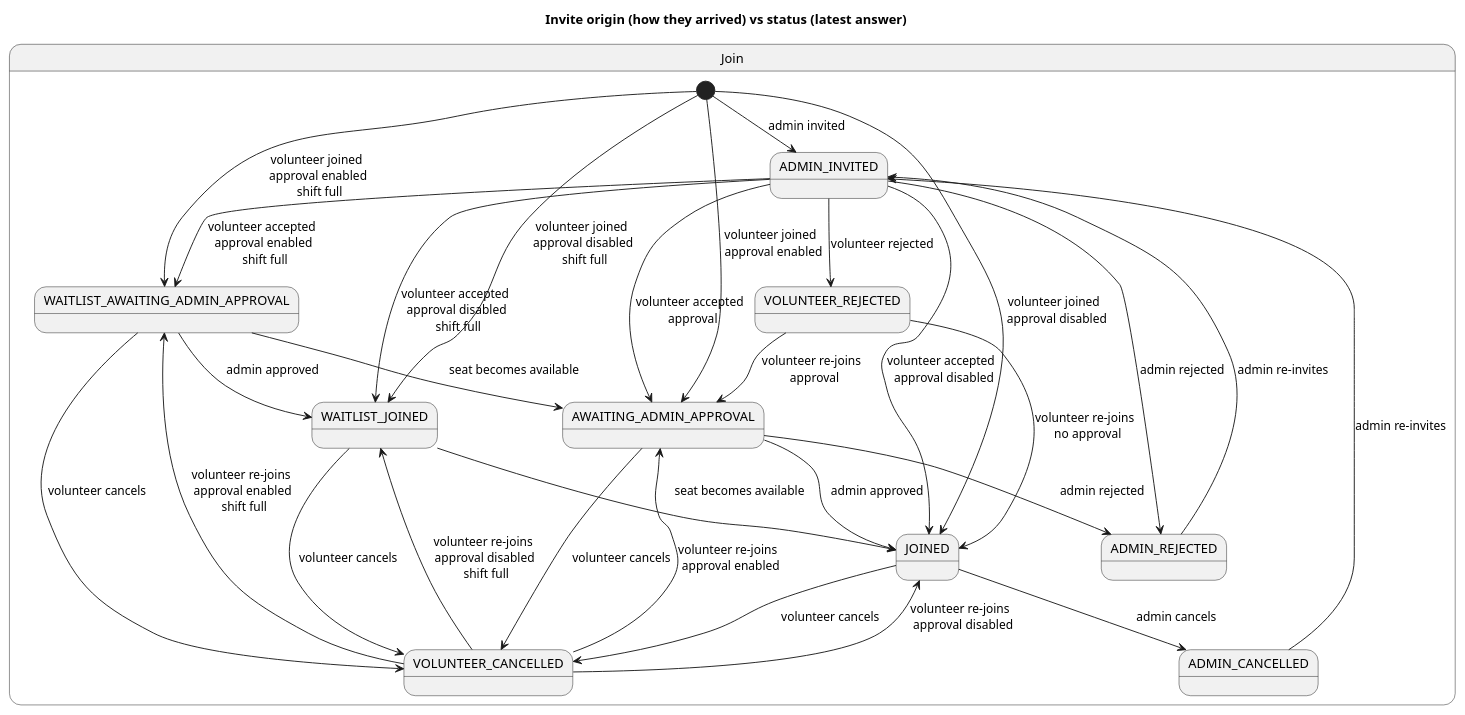
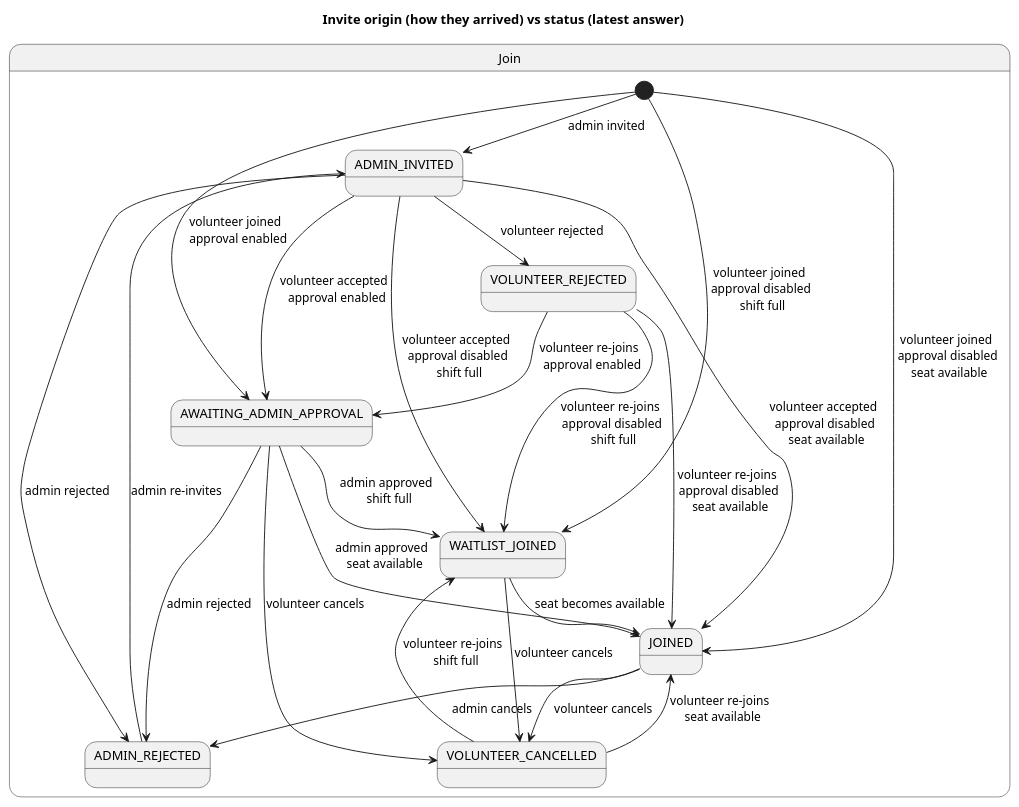
One commit to holi-social/caluno changed the diagram in models/Invite-states.plantuml. Above: the diagram before and after it, drawn with PlantUML.

Commit message:
mode: update invite states diagram after discussion

```diff
--- a/models/Invite-states.plantuml
+++ b/models/Invite-states.plantuml
@@ -1,48 +1,43 @@
 @startuml InviteOriginStatusModel
 
 title Invite origin (how they arrived) vs status (latest answer)
 
 'state "origin" as Origin {
 '  [*] --> ORIGIN_ADMIN_INVITED : admin invite
 '  [*] --> ORIGIN_VOLUNTEER_JOINED : open join
 '}
 
 state "Join" as Join {
 [*] --> ADMIN_INVITED : admin invited
 [*] --> AWAITING_ADMIN_APPROVAL : volunteer joined \n approval enabled
-[*] ---> JOINED : volunteer joined \n approval disabled
-AWAITING_ADMIN_APPROVAL --> JOINED : admin approved
+[*] --> WAITLIST_JOINED : volunteer joined \n approval disabled \n shift full
+[*] --> JOINED : volunteer joined \n approval disabled \n seat available
+
+ADMIN_INVITED --> VOLUNTEER_REJECTED : volunteer rejected
+ADMIN_INVITED --> AWAITING_ADMIN_APPROVAL : volunteer accepted \n approval enabled
+ADMIN_INVITED --> WAITLIST_JOINED : volunteer accepted \n approval disabled \n shift full
+ADMIN_INVITED --> JOINED : volunteer accepted \n approval disabled \n seat available
+ADMIN_INVITED --> ADMIN_REJECTED : admin rejected
+
+VOLUNTEER_REJECTED --> AWAITING_ADMIN_APPROVAL : volunteer re-joins \n approval enabled
+VOLUNTEER_REJECTED --> WAITLIST_JOINED : volunteer re-joins \n approval disabled \n shift full
+VOLUNTEER_REJECTED --> JOINED : volunteer re-joins \n approval disabled \n seat available
+
 AWAITING_ADMIN_APPROVAL --> ADMIN_REJECTED : admin rejected
 AWAITING_ADMIN_APPROVAL --> VOLUNTEER_CANCELLED : volunteer cancels
-ADMIN_INVITED --> JOINED : volunteer accepted \n approval disabled
-ADMIN_INVITED --> AWAITING_ADMIN_APPROVAL : volunteer accepted \n approval
-ADMIN_INVITED --> VOLUNTEER_REJECTED : volunteer rejected
-VOLUNTEER_REJECTED --> AWAITING_ADMIN_APPROVAL : volunteer re-joins \n approval
-VOLUNTEER_REJECTED --> JOINED : volunteer re-joins \n no approval
-ADMIN_INVITED --> ADMIN_REJECTED : admin rejected
+AWAITING_ADMIN_APPROVAL --> WAITLIST_JOINED : admin approved \n shift full
+AWAITING_ADMIN_APPROVAL --> JOINED : admin approved \n seat available
+
+WAITLIST_JOINED --> JOINED : seat becomes available
+WAITLIST_JOINED --> VOLUNTEER_CANCELLED : volunteer cancels
+
 JOINED --> VOLUNTEER_CANCELLED : volunteer cancels
-JOINED --> ADMIN_CANCELLED : admin cancels
+JOINED --> ADMIN_REJECTED : admin cancels
 
-[*] --> WAITLIST_AWAITING_ADMIN_APPROVAL : volunteer joined \n approval enabled \n shift full
-WAITLIST_AWAITING_ADMIN_APPROVAL --> WAITLIST_JOINED : admin approved
-WAITLIST_AWAITING_ADMIN_APPROVAL --> AWAITING_ADMIN_APPROVAL : seat becomes available
-WAITLIST_JOINED --> JOINED : seat becomes available
-
-[*] --> WAITLIST_JOINED : volunteer joined \n approval disabled \n shift full
-
-ADMIN_INVITED --> WAITLIST_AWAITING_ADMIN_APPROVAL : volunteer accepted \n approval enabled \n shift full
-ADMIN_INVITED --> WAITLIST_JOINED : volunteer accepted \n approval disabled \n shift full
-
-WAITLIST_JOINED --> VOLUNTEER_CANCELLED : volunteer cancels
-WAITLIST_AWAITING_ADMIN_APPROVAL --> VOLUNTEER_CANCELLED : volunteer cancels
-
-VOLUNTEER_CANCELLED -up-> JOINED : volunteer re-joins \n approval disabled
-VOLUNTEER_CANCELLED -up-> AWAITING_ADMIN_APPROVAL : volunteer re-joins \n approval enabled
-VOLUNTEER_CANCELLED -up-> WAITLIST_JOINED : volunteer re-joins \n approval disabled \n shift full
-VOLUNTEER_CANCELLED -up-> WAITLIST_AWAITING_ADMIN_APPROVAL : volunteer re-joins \n approval enabled \n shift full
+VOLUNTEER_CANCELLED -up-> JOINED : volunteer re-joins \n seat available
+VOLUNTEER_CANCELLED -up-> WAITLIST_JOINED : volunteer re-joins \n shift full
 
 ADMIN_REJECTED -up-> ADMIN_INVITED : admin re-invites
-ADMIN_CANCELLED -up-> ADMIN_INVITED : admin re-invites
 }
 
 @enduml
```
